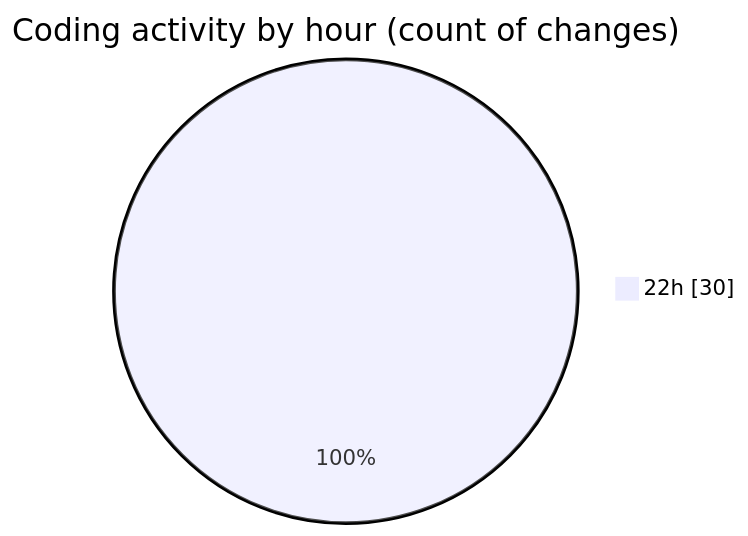
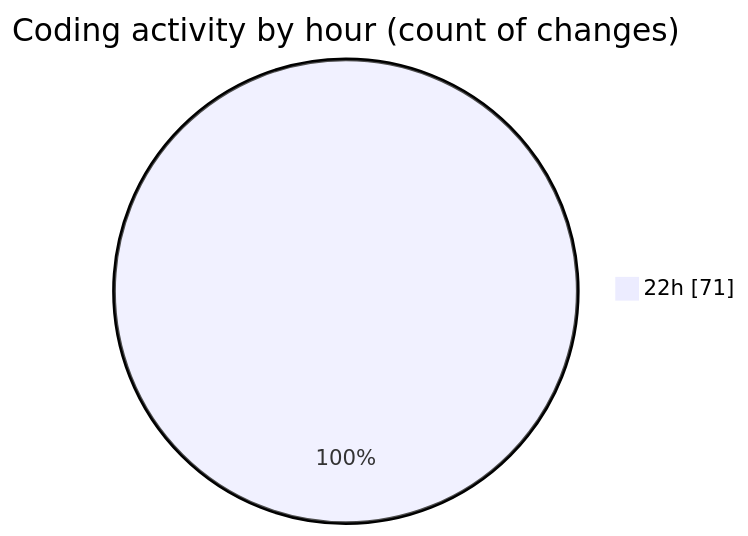
One commit to Ritupan-Deka/code-tracking changed the second of 2 diagrams in 2025-08-01/javascript/README.md. Above: the diagram before and after it, drawn with Mermaid. The commit also changed other lines of this file and 1 other file, not shown here.

````diff
--- a/2025-08-01/javascript/README.md
+++ b/2025-08-01/javascript/README.md
@@ -28,5 +28,5 @@
 ```mermaid
 pie showData
 title Coding activity by hour (count of changes)
-"22h" : 30
+"22h" : 71
 ```
````
